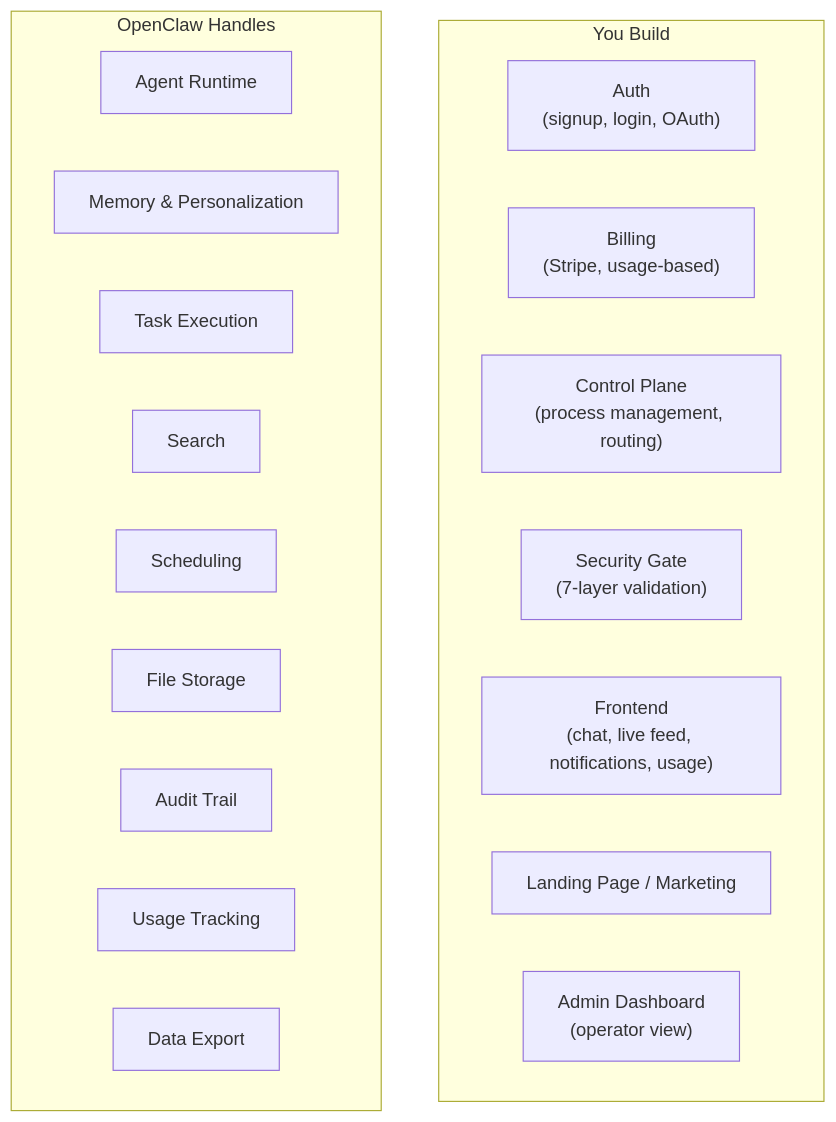
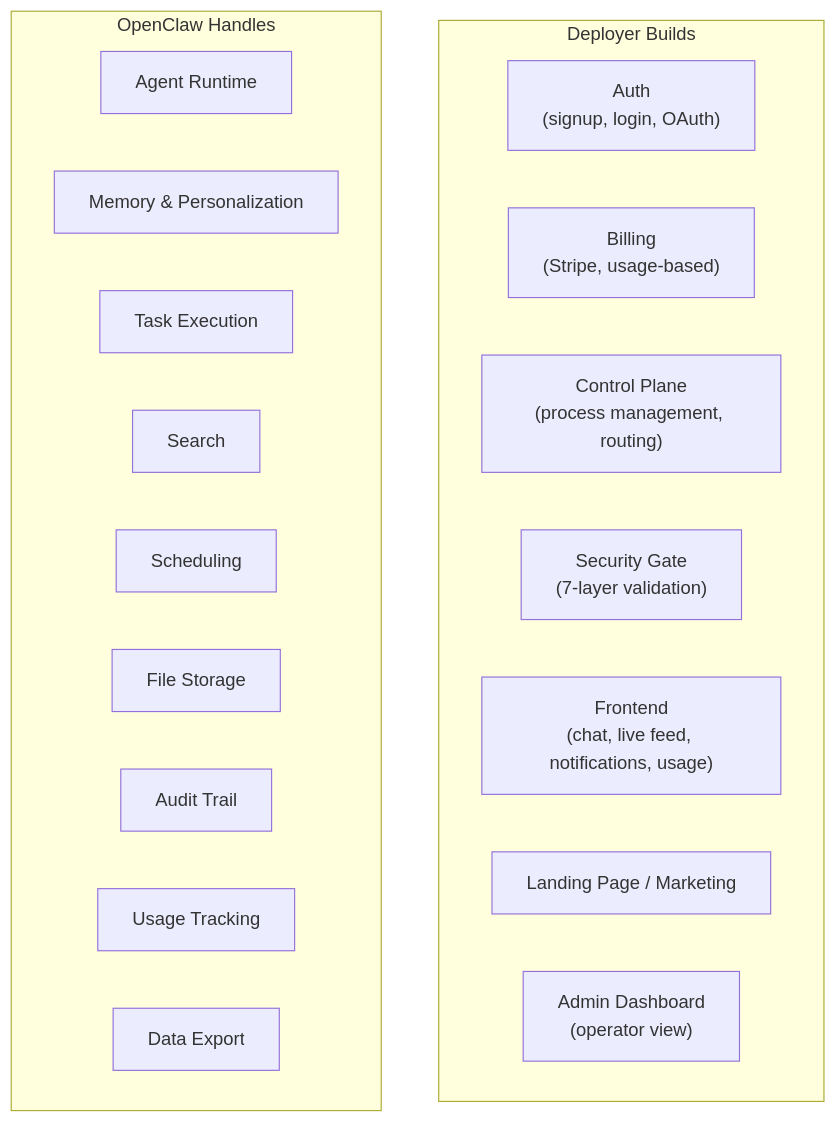
Before and after one commit to 1qh/claw: the second of 2 diagrams in brainstorm/saas-simplification.md, drawn with Mermaid. The commit also changed other lines of this file and 13 other files, not shown here.

````diff
--- a/brainstorm/saas-simplification.md
+++ b/brainstorm/saas-simplification.md
@@ -86,24 +86,24 @@
 ```mermaid
 graph TB
-    subgraph "You Build"
+    subgraph "Deployer Builds"
         AUTH["Auth\n(signup, login, OAuth)"]
         BILLING["Billing\n(Stripe, usage-based)"]
         CP["Control Plane\n(process management, routing)"]
         GATE["Security Gate\n(7-layer validation)"]
         FE["Frontend\n(chat, live feed, notifications, usage)"]
         LANDING["Landing Page / Marketing"]
         ADMIN["Admin Dashboard\n(operator view)"]
     end
 
     subgraph "OpenClaw Handles"
         AGENT["Agent Runtime"]
         MEMORY["Memory & Personalization"]
         TASKS["Task Execution"]
         SEARCH["Search"]
         CRON["Scheduling"]
         FILES["File Storage"]
         AUDIT["Audit Trail"]
         USAGE["Usage Tracking"]
         EXPORT["Data Export"]
     end
 ```
````
